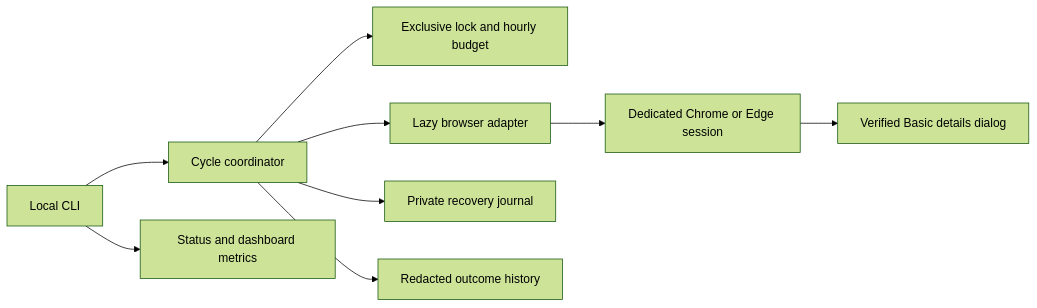
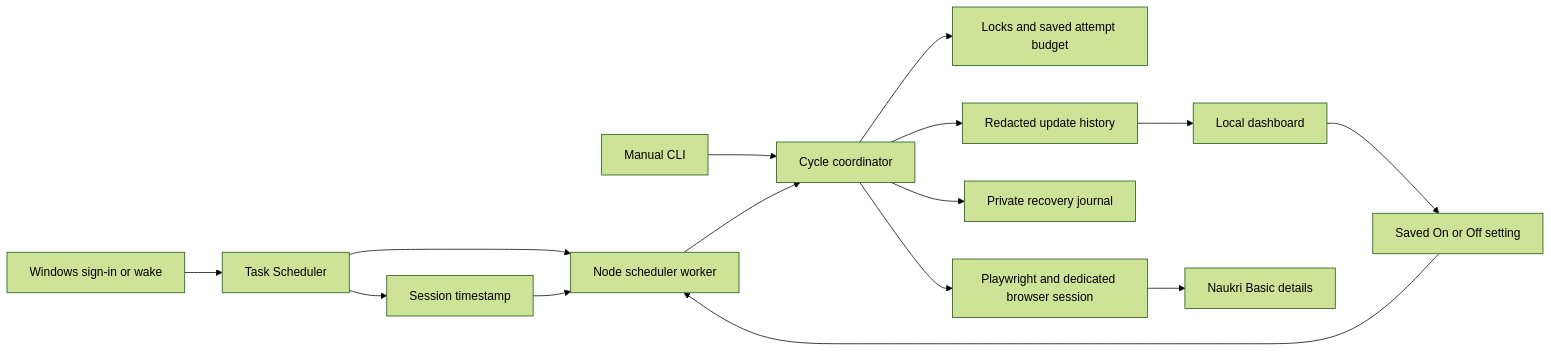
One commit to Praneethhhhh/Job-Portal-Update-Automation- changed the diagram in docs/ARCHITECTURE.md. Above: the diagram before and after it, drawn with Mermaid (forest theme). The commit also changed other lines of this file and 6 other files, not shown here.

````diff
--- a/docs/ARCHITECTURE.md
+++ b/docs/ARCHITECTURE.md
@@ -5,11 +16,17 @@
 ```mermaid
 flowchart LR
-  U[Local CLI] --> C[Cycle coordinator]
-  C --> L[Exclusive lock and hourly budget]
-  C --> B[Lazy browser adapter]
-  B --> P[Dedicated Chrome or Edge session]
-  P --> N[Verified Basic details dialog]
+  W[Windows sign-in or wake] --> T[Task Scheduler]
+  T --> M[Session timestamp]
+  T --> R[Node scheduler worker]
+  M --> R
+  D[Local dashboard] --> F[Saved On or Off setting]
+  F --> R
+  U[Manual CLI] --> C[Cycle coordinator]
+  R --> C
+  C --> L[Locks and saved attempt budget]
+  C --> B[Playwright and dedicated browser session]
+  B --> N[Naukri Basic details]
   C --> J[Private recovery journal]
-  C --> H[Redacted outcome history]
-  U --> S[Status and dashboard metrics]
+  C --> H[Redacted update history]
+  H --> D
 ```
````
